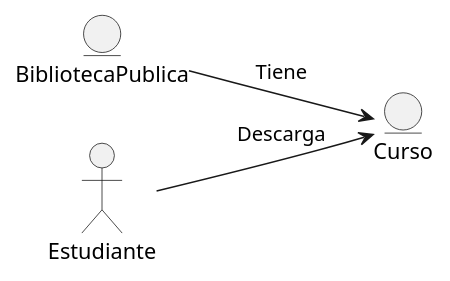
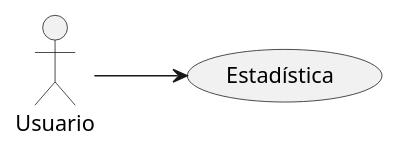
One commit to the-HaMo/PDS-proyect changed the diagram in info/Desarrollo-Caso9.md. Above: the diagram before and after it, drawn with PlantUML. The commit also changed other lines of this file, not shown here.

```diff
--- a/info/Desarrollo-Caso9.md
+++ b/info/Desarrollo-Caso9.md
@@ -5,8 +5,5 @@
 @startuml
 left to right direction
-entity BibliotecaPublica
-entity Curso
-actor Estudiante
-BibliotecaPublica --> Curso : Tiene
-Estudiante --> Curso : Descarga
+actor Usuario
+Usuario --> (Estadística)
 @enduml
```
